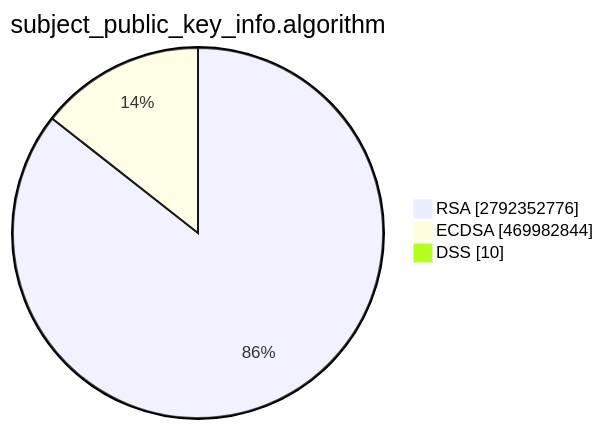
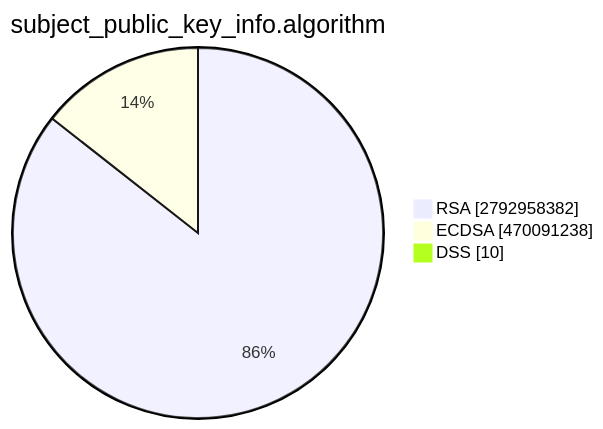
One commit to christiankrug/ctmonitor_visualization changed the second of 15 diagrams in TOTAL/README.md. Above: the diagram before and after it, drawn with Mermaid. The commit also changed other lines of this file, not shown here.

````diff
--- a/TOTAL/README.md
+++ b/TOTAL/README.md
@@ -6,7 +6,7 @@
 ```mermaid
 pie showData
 title subject_public_key_info.algorithm
-"RSA" :2792352776
-"ECDSA" :469982844
+"RSA" :2792958382
+"ECDSA" :470091238
 "DSS" :10
 ```
````
